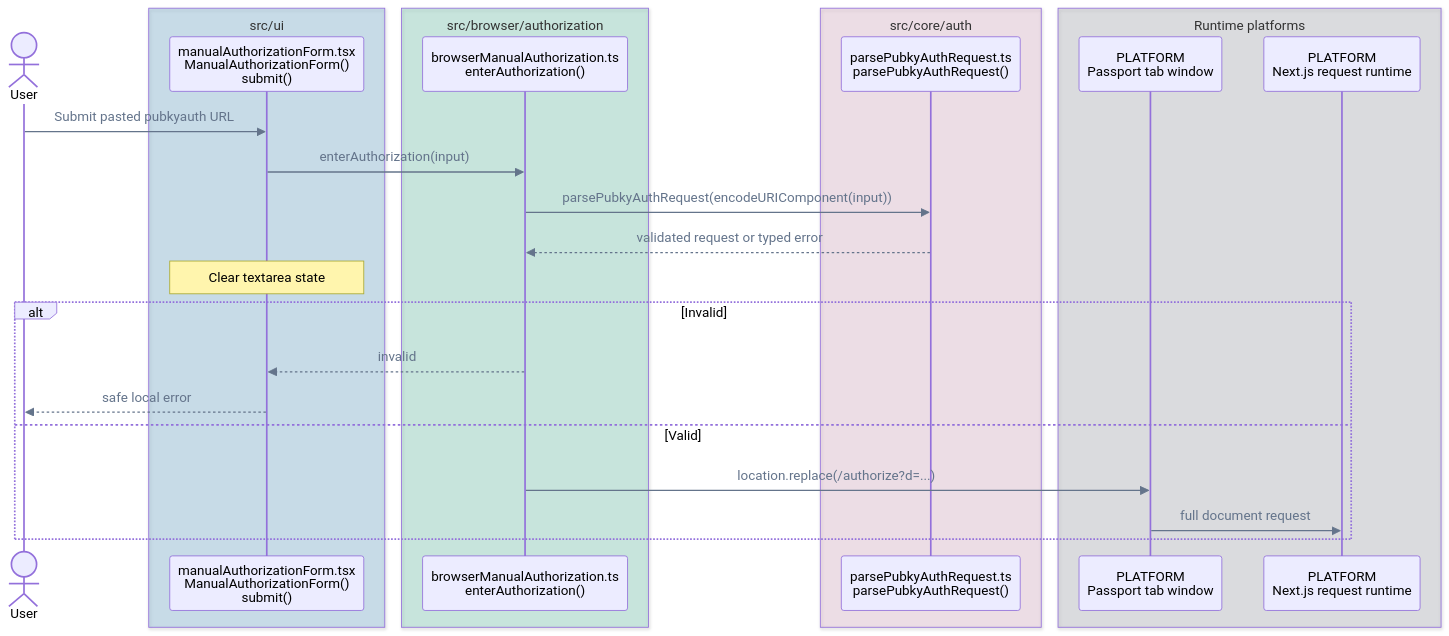
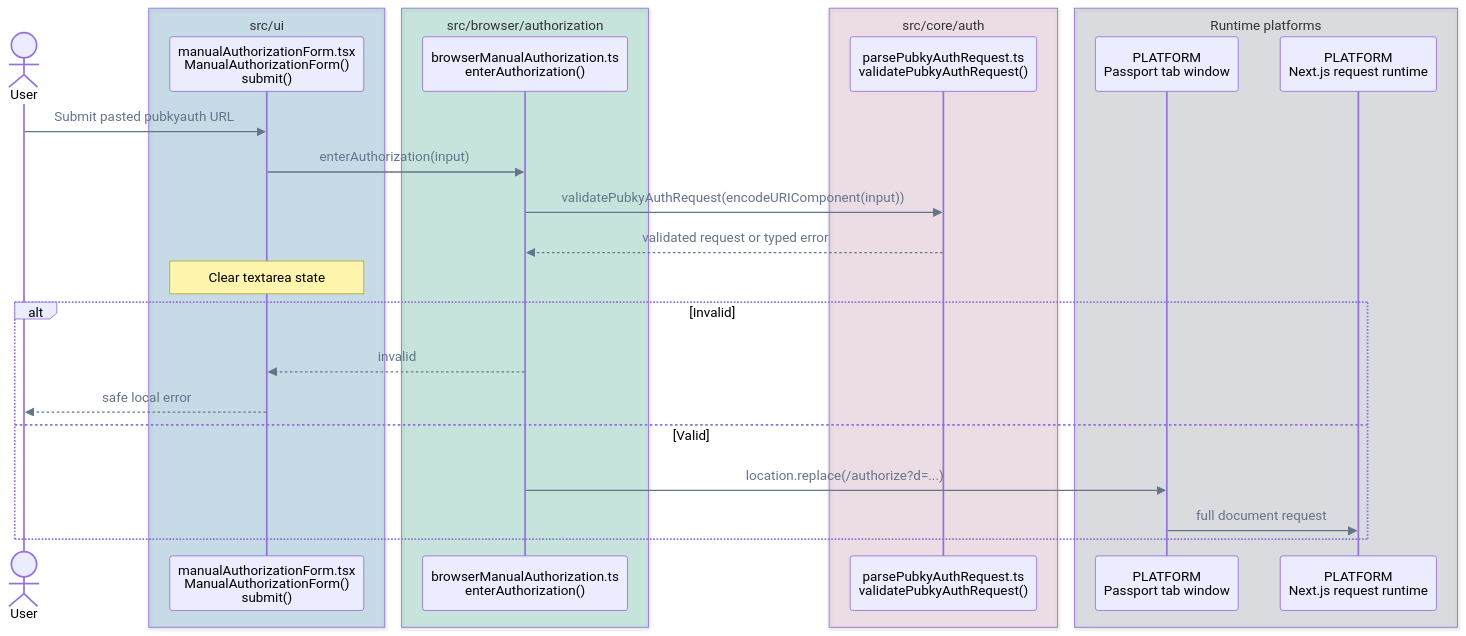
The fourth of 14 diagrams in FLOWS.md (pubky/pubky-passport), drawn with Mermaid before and after one commit. The commit also changed other lines of this file and 36 other files, not shown here.

````diff
--- a/FLOWS.md
+++ b/FLOWS.md
@@ -167,33 +167,33 @@
 ```mermaid
 %%{init: {"themeVariables": {"signalColor": "#64748B", "signalTextColor": "#64748B"}}}%%
 sequenceDiagram
     accTitle: Manual authorization call flow
     accDescr: The form validates and clears a pasted request before either showing a safe error or starting a full authorization document navigation.
     actor User
     box rgba(0, 114, 178, 0.18) src/ui
         participant Form as manualAuthorizationForm.tsx<br/>ManualAuthorizationForm()<br/>submit()
     end
     box rgba(0, 158, 115, 0.18) src/browser/authorization
         participant Browser as browserManualAuthorization.ts<br/>enterAuthorization()
     end
     box rgba(204, 121, 167, 0.18) src/core/auth
-        participant Parser as parsePubkyAuthRequest.ts<br/>parsePubkyAuthRequest()
+        participant Parser as parsePubkyAuthRequest.ts<br/>validatePubkyAuthRequest()
     end
     box rgba(107, 114, 128, 0.18) Runtime platforms
         participant Window as PLATFORM<br/>Passport tab window
         participant Next as PLATFORM<br/>Next.js request runtime
     end
 
     User->>Form: Submit pasted pubkyauth URL
     Form->>Browser: enterAuthorization(input)
-    Browser->>Parser: parsePubkyAuthRequest(encodeURIComponent(input))
+    Browser->>Parser: validatePubkyAuthRequest(encodeURIComponent(input))
     Parser-->>Browser: validated request or typed error
     Note over Form: Clear textarea state
     alt Invalid
         Browser-->>Form: invalid
         Form-->>User: safe local error
     else Valid
         Browser->>Window: location.replace(/authorize?d=...)
         Window->>Next: full document request
     end
 ```
````
